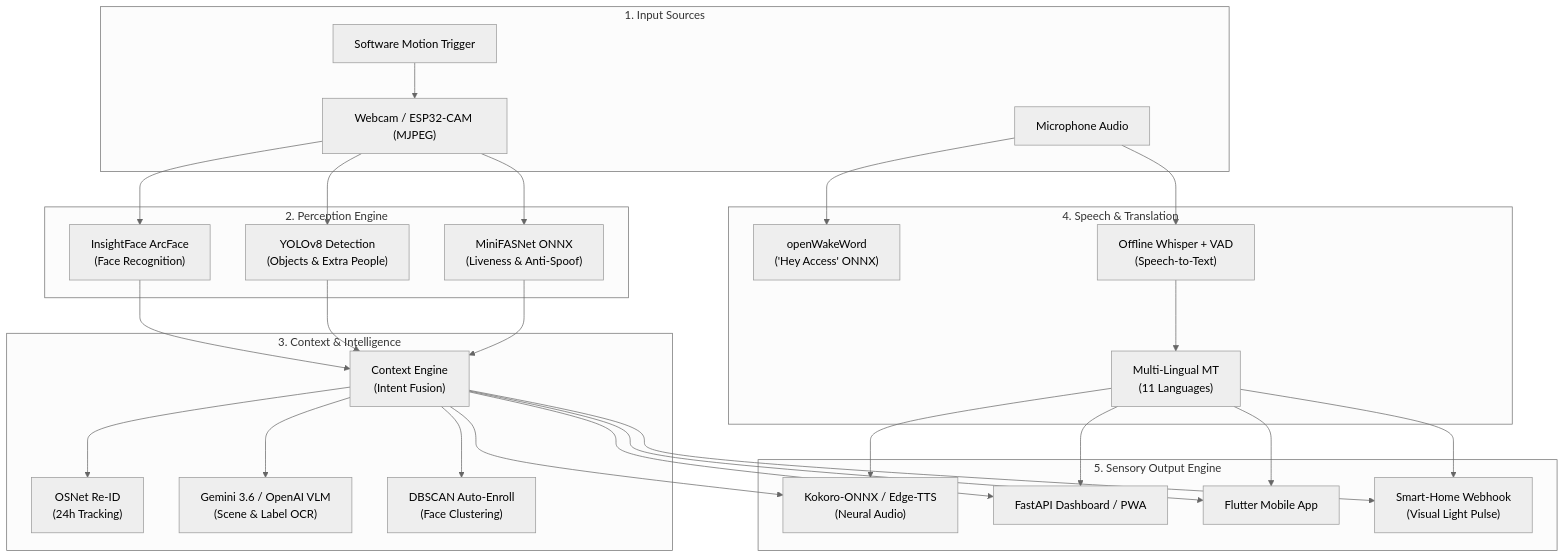
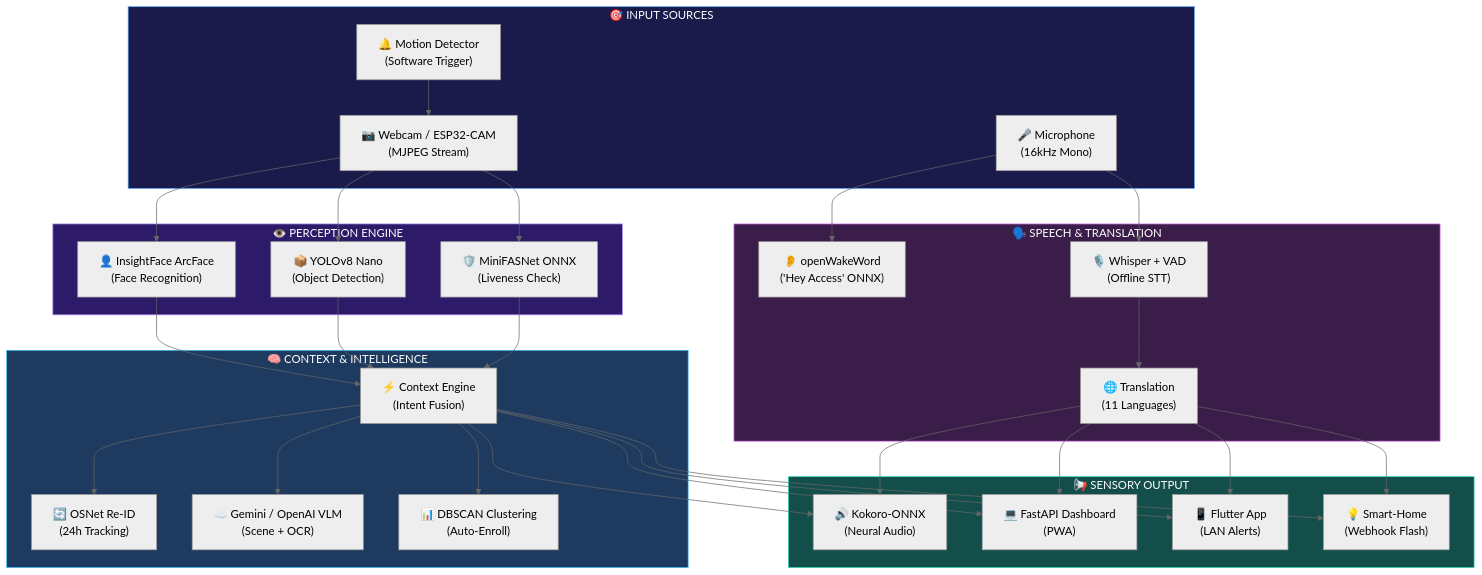
The diagram in README.md (access-ai-smart-doorbell/Access-AI), drawn with Mermaid (neutral theme) before and after one commit. The commit also changed other lines of this file, not shown here.

````diff
--- a/README.md
+++ b/README.md
@@ -76,42 +249,48 @@
 ```mermaid
 flowchart TD
-    subgraph Input ["1. Input Sources"]
-        CAM["Webcam / ESP32-CAM (MJPEG)"]
-        MIC["Microphone Audio"]
-        MOT["Software Motion Trigger"]
+    subgraph INPUT ["🎯 INPUT SOURCES"]
+        CAM["📷 Webcam / ESP32-CAM\n(MJPEG Stream)"]
+        MIC["🎤 Microphone\n(16kHz Mono)"]
+        MOT["🔔 Motion Detector\n(Software Trigger)"]
     end
 
-    subgraph Perception ["2. Perception Engine"]
-        FD["InsightFace ArcFace\n(Face Recognition)"]
-        YOLO["YOLOv8 Detection\n(Objects & Extra People)"]
-        SPOOF["MiniFASNet ONNX\n(Liveness & Anti-Spoof)"]
+    subgraph PERCEPTION ["👁️ PERCEPTION ENGINE"]
+        FD["👤 InsightFace ArcFace\n(Face Recognition)"]
+        YOLO["📦 YOLOv8 Nano\n(Object Detection)"]
+        SPOOF["🛡️ MiniFASNet ONNX\n(Liveness Check)"]
     end
 
-    subgraph Context ["3. Context & Intelligence"]
-        INT["Context Engine\n(Intent Fusion)"]
-        REID["OSNet Re-ID\n(24h Tracking)"]
-        VLM["Gemini 3.6 / OpenAI VLM\n(Scene & Label OCR)"]
-        AUTO["DBSCAN Auto-Enroll\n(Face Clustering)"]
+    subgraph CONTEXT ["🧠 CONTEXT & INTELLIGENCE"]
+        INT["⚡ Context Engine\n(Intent Fusion)"]
+        REID["🔄 OSNet Re-ID\n(24h Tracking)"]
+        VLM["☁️ Gemini / OpenAI VLM\n(Scene + OCR)"]
+        AUTO["📊 DBSCAN Clustering\n(Auto-Enroll)"]
     end
 
-    subgraph AudioTrans ["4. Speech & Translation"]
-        WAKE["openWakeWord\n('Hey Access' ONNX)"]
-        WHISPER["Offline Whisper + VAD\n(Speech-to-Text)"]
-        TRANS["Multi-Lingual MT\n(11 Languages)"]
+    subgraph AUDIO ["🗣️ SPEECH & TRANSLATION"]
+        WAKE["👂 openWakeWord\n('Hey Access' ONNX)"]
+        WHISPER["🎙️ Whisper + VAD\n(Offline STT)"]
+        TRANS["🌐 Translation\n(11 Languages)"]
     end
 
-    subgraph Output ["5. Sensory Output Engine"]
-        TTS["Kokoro-ONNX / Edge-TTS\n(Neural Audio)"]
-        DASH["FastAPI Dashboard / PWA"]
-        FLUTTER["Flutter Mobile App"]
-        LIGHTS["Smart-Home Webhook\n(Visual Light Pulse)"]
+    subgraph OUTPUT ["📢 SENSORY OUTPUT"]
+        TTS["🔊 Kokoro-ONNX\n(Neural Audio)"]
+        DASH["💻 FastAPI Dashboard\n(PWA)"]
+        FLUTTER["📱 Flutter App\n(LAN Alerts)"]
+        LIGHTS["💡 Smart-Home\n(Webhook Flash)"]
     end
 
     CAM --> FD & YOLO & SPOOF
     MOT --> CAM
     FD & YOLO & SPOOF --> INT
     INT --> REID & VLM & AUTO
     MIC --> WAKE & WHISPER
     WHISPER --> TRANS
     INT & TRANS --> TTS & DASH & FLUTTER & LIGHTS
+
+    style INPUT fill:#1a1b4b,stroke:#58a6ff,color:#fff
+    style PERCEPTION fill:#2d1b69,stroke:#a78bfa,color:#fff
+    style CONTEXT fill:#1e3a5f,stroke:#38bdf8,color:#fff
+    style AUDIO fill:#3b1d4a,stroke:#e879f9,color:#fff
+    style OUTPUT fill:#134e4a,stroke:#2dd4bf,color:#fff
 ```
````
